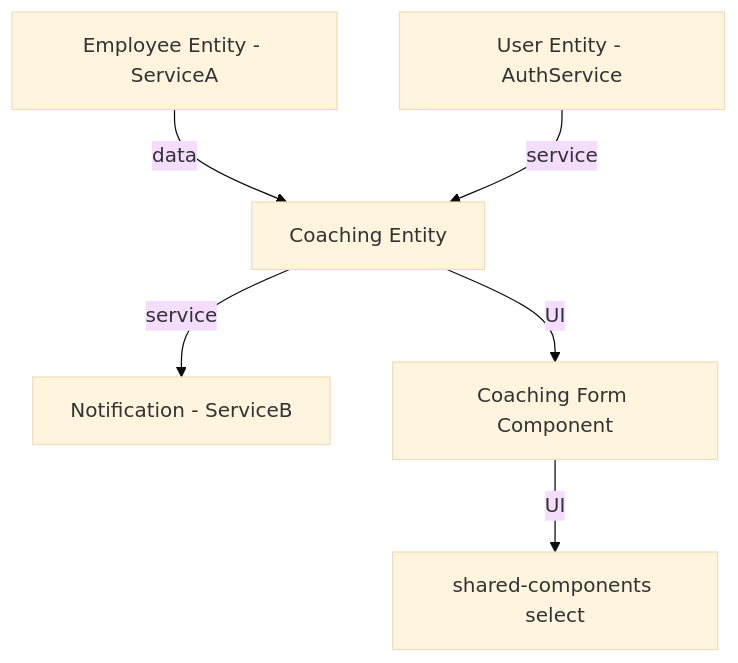
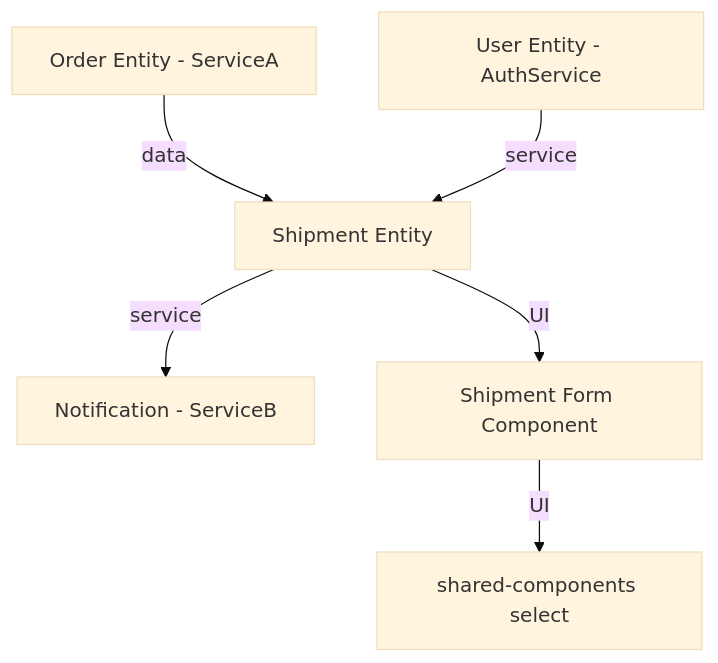
The second of 3 diagrams in .agents/skills/dependency/SKILL.md (duc01226/easy-claude), drawn with Mermaid (base theme) before and after one commit. The commit also changed other lines of this file and 359 other files, not shown here.

````diff
--- a/.agents/skills/dependency/SKILL.md
+++ b/.agents/skills/dependency/SKILL.md
@@ -174,8 +174,8 @@
 ```mermaid
 graph TD
-    E[Employee Entity - ServiceA] -->|data| C[Coaching Entity]
+    E[Order Entity - ServiceA] -->|data| C[Shipment Entity]
     U[User Entity - AuthService] -->|service| C
     C -->|service| N[Notification - ServiceB]
-    C -->|UI| CF[Coaching Form Component]
+    C -->|UI| CF[Shipment Form Component]
     CF -->|UI| BC[shared-components select]
 ```
````
